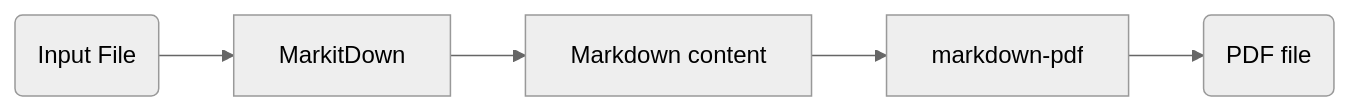
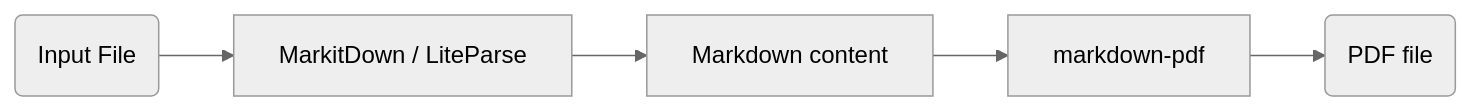
The third of 4 diagrams in README.md (AstraBert/PdfItDown), drawn with Mermaid (neutral theme) before and after one commit. The commit also changed other lines of this file and 21 other files, not shown here.

````diff
--- a/README.md
+++ b/README.md
@@ -55,7 +55,7 @@
 ```mermaid
 graph LR
 2(Input File) -->  3[MarkitDown]
-3[MarkitDown] -->  4[Markdown content]
+3[MarkitDown / LiteParse] -->  4[Markdown content]
 4[Markdown content] --> 5[markdown-pdf]
 5[markdown-pdf] --> 6(PDF file)
 ```
````
